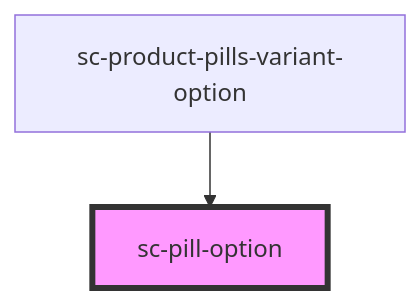
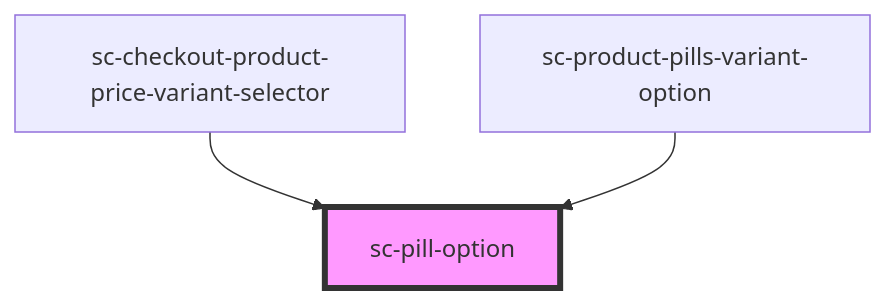
Before and after one commit to surecart/surecart-wp-plugin: the diagram in packages/components/src/components/ui/pill-option/readme.md, drawn with Mermaid. The commit also changed other lines of this file and 29 other files, not shown here.

````diff
--- a/packages/components/src/components/ui/pill-option/readme.md
+++ b/packages/components/src/components/ui/pill-option/readme.md
@@ -23,5 +24,6 @@
 ```mermaid
 graph TD;
+  sc-checkout-product-price-variant-selector --> sc-pill-option
   sc-product-pills-variant-option --> sc-pill-option
   style sc-pill-option fill:#f9f,stroke:#333,stroke-width:4px
 ```
````
